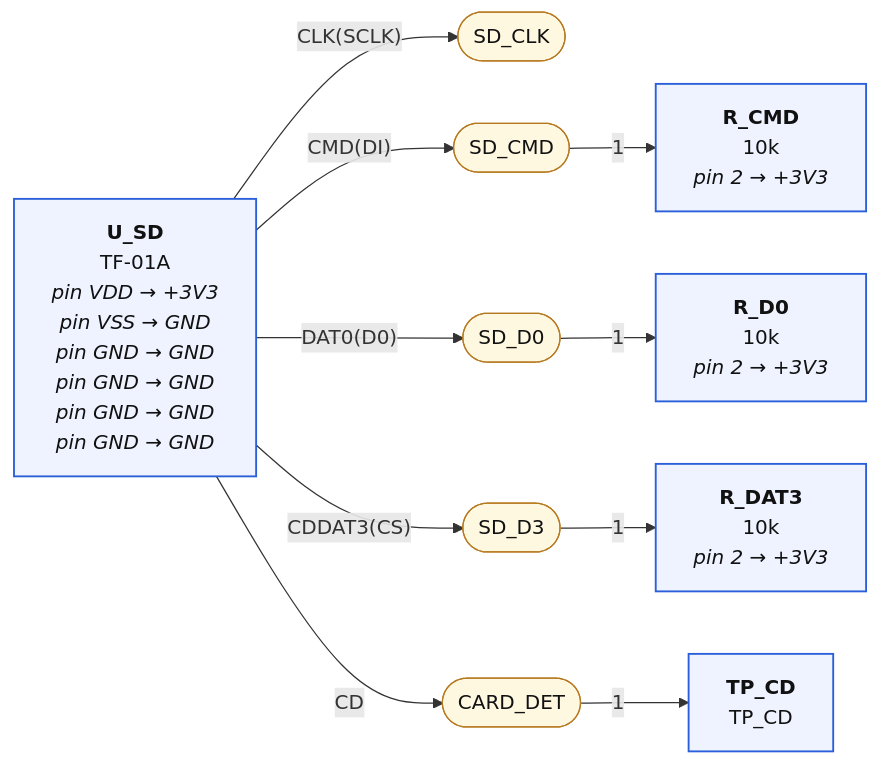
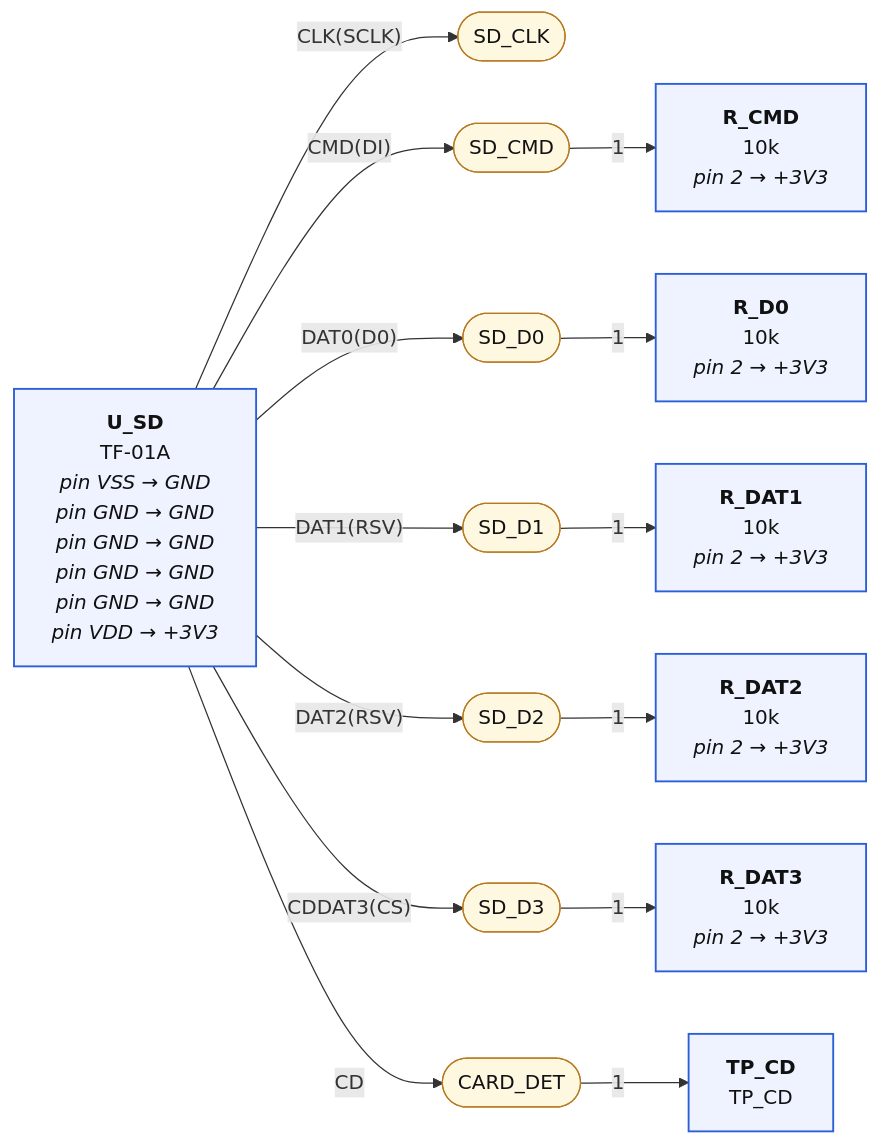
Before and after one commit to mrwillson2u/propmesh: the third of 4 diagrams in hardware/pro/sheets/04-audio.diagram.md, drawn with Mermaid. The commit also changed other lines of this file and 59 other files, not shown here.

````diff
--- a/hardware/pro/sheets/04-audio.diagram.md
+++ b/hardware/pro/sheets/04-audio.diagram.md
@@ -131,29 +131,37 @@
 ```mermaid
 graph LR
   classDef part fill:#eef3ff,stroke:#2b5fd9,stroke-width:1.5px,color:#111
   classDef net fill:#fff8e1,stroke:#b7791f,color:#111
   classDef rail fill:#ffe0b2,stroke:#e65100,stroke-width:3px,color:#111,font-weight:bold
   classDef badnet fill:#ffe0e0,stroke:#c00,stroke-width:3px,color:#111,font-weight:bold
   classDef absent fill:#fff,stroke:#c00,stroke-width:2px,stroke-dasharray:6 4,color:#c00
   classDef extra fill:#ffecec,stroke:#c00,stroke-width:2px,color:#111
   classDef dnp fill:#f5f5f5,stroke:#999,stroke-dasharray:3 3,color:#666
   N_SD_CLK(["SD_CLK"]):::net
-  P_U_SD["<b>U_SD</b><br/>TF-01A<br/><i>pin VDD → +3V3</i><br/><i>pin VSS → GND</i><br/><i>pin GND → GND</i><br/><i>pin GND → GND</i><br/><i>pin GND → GND</i><br/><i>pin GND → GND</i>"]:::part
+  P_U_SD["<b>U_SD</b><br/>TF-01A<br/><i>pin VSS → GND</i><br/><i>pin GND → GND</i><br/><i>pin GND → GND</i><br/><i>pin GND → GND</i><br/><i>pin GND → GND</i><br/><i>pin VDD → +3V3</i>"]:::part
   P_U_SD --"CLK(SCLK)"--> N_SD_CLK
   N_SD_CMD(["SD_CMD"]):::net
   P_U_SD --"CMD(DI)"--> N_SD_CMD
   P_R_CMD["<b>R_CMD</b><br/>10k<br/><i>pin 2 → +3V3</i>"]:::part
   N_SD_CMD --"1"--> P_R_CMD
   N_SD_D0(["SD_D0"]):::net
   P_U_SD --"DAT0(D0)"--> N_SD_D0
   P_R_D0["<b>R_D0</b><br/>10k<br/><i>pin 2 → +3V3</i>"]:::part
   N_SD_D0 --"1"--> P_R_D0
+  N_SD_D1(["SD_D1"]):::net
+  P_U_SD --"DAT1(RSV)"--> N_SD_D1
+  P_R_DAT1["<b>R_DAT1</b><br/>10k<br/><i>pin 2 → +3V3</i>"]:::part
+  N_SD_D1 --"1"--> P_R_DAT1
+  N_SD_D2(["SD_D2"]):::net
+  P_U_SD --"DAT2(RSV)"--> N_SD_D2
+  P_R_DAT2["<b>R_DAT2</b><br/>10k<br/><i>pin 2 → +3V3</i>"]:::part
+  N_SD_D2 --"1"--> P_R_DAT2
   N_SD_D3(["SD_D3"]):::net
   P_U_SD --"CDDAT3(CS)"--> N_SD_D3
   P_R_DAT3["<b>R_DAT3</b><br/>10k<br/><i>pin 2 → +3V3</i>"]:::part
   N_SD_D3 --"1"--> P_R_DAT3
   N_CARD_DET(["CARD_DET"]):::net
   P_U_SD --"CD"--> N_CARD_DET
   P_TP_CD["<b>TP_CD</b><br/>TP_CD"]:::part
   N_CARD_DET --"1"--> P_TP_CD
 ```
````
